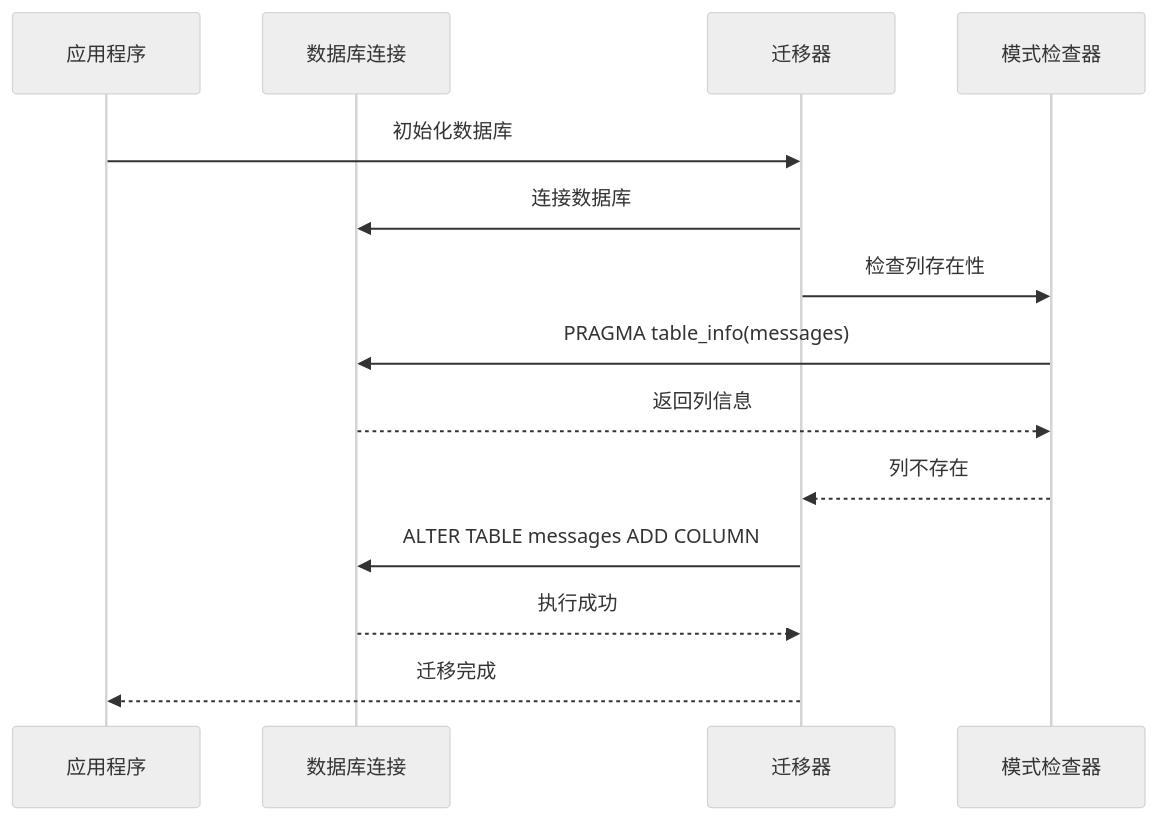
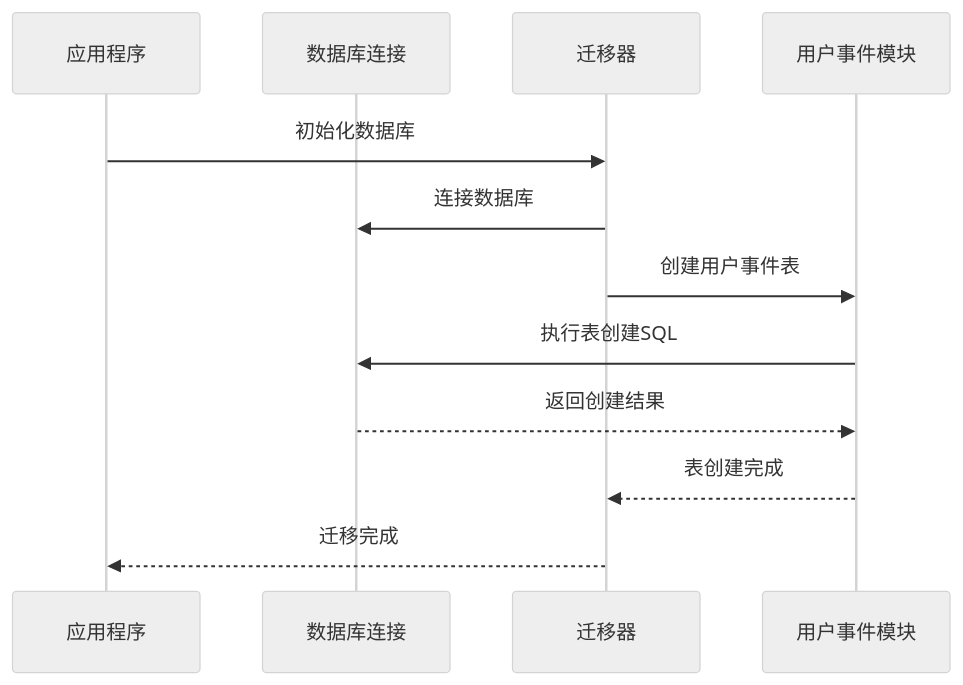
The fourth of 11 diagrams in .qoder/repowiki/zh/content/数据库设计/数据迁移策略.md (baike08/cosurf), drawn with Mermaid (neutral theme) before and after one commit. The commit also changed other lines of this file and 23 other files, not shown here.

````diff
--- a/.qoder/repowiki/zh/content/数据库设计/数据迁移策略.md
+++ b/.qoder/repowiki/zh/content/数据库设计/数据迁移策略.md
@@ -158,16 +176,14 @@
 ```mermaid
 sequenceDiagram
 participant App as 应用程序
 participant DB as 数据库连接
 participant Migration as 迁移器
-participant Schema as 模式检查器
+participant UserEvents as 用户事件模块
 App->>Migration : 初始化数据库
 Migration->>DB : 连接数据库
-Migration->>Schema : 检查列存在性
-Schema->>DB : PRAGMA table_info(messages)
-DB-->>Schema : 返回列信息
-Schema-->>Migration : 列不存在
-Migration->>DB : ALTER TABLE messages ADD COLUMN
-DB-->>Migration : 执行成功
+Migration->>UserEvents : 创建用户事件表
+UserEvents->>DB : 执行表创建SQL
+DB-->>UserEvents : 返回创建结果
+UserEvents-->>Migration : 表创建完成
 Migration-->>App : 迁移完成
 ```
````
